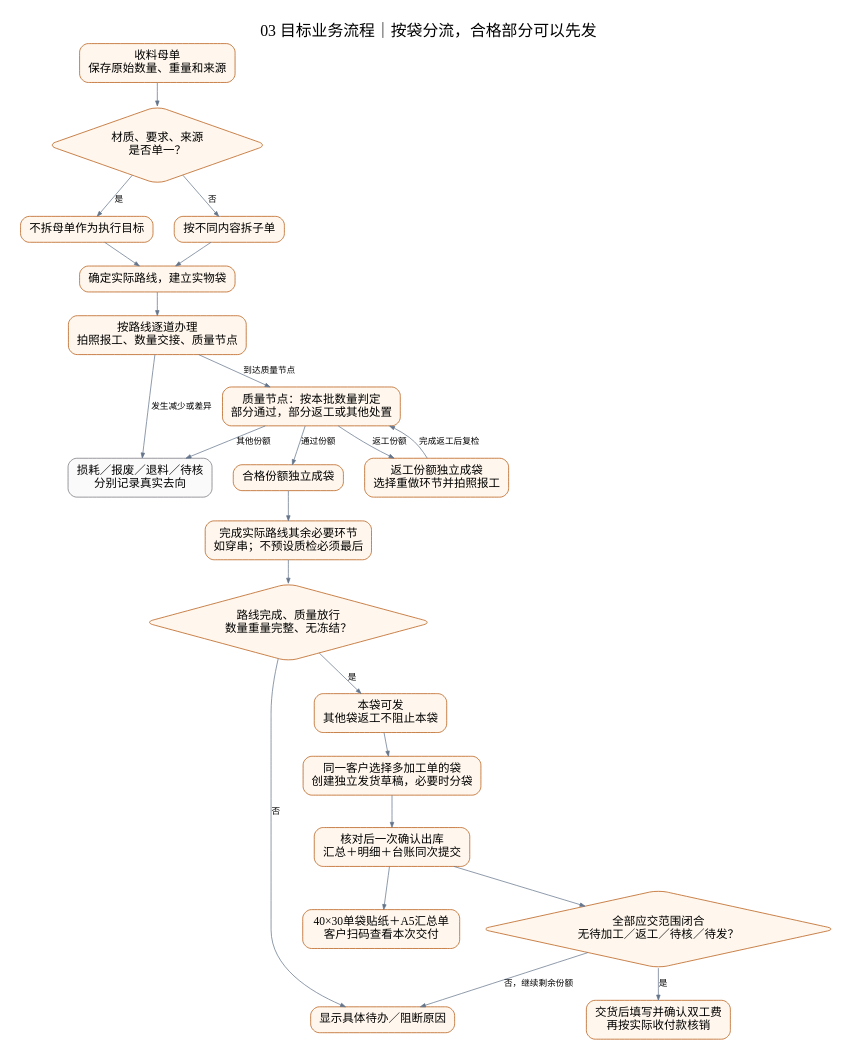
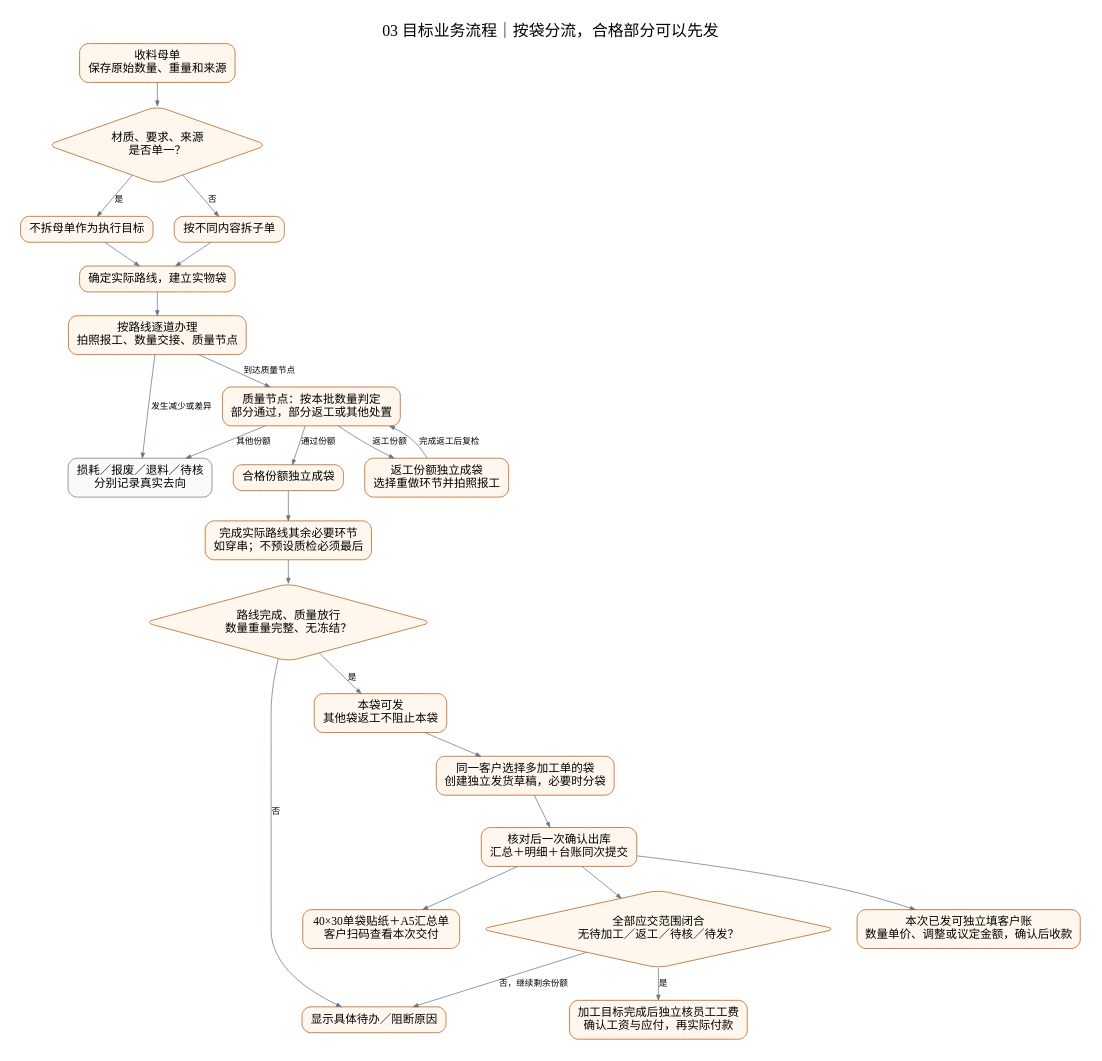
One commit to sxliuchen-hash/zhubao-ERP changed the diagram in docs/diagrams/system-review/03-business-flow.dot. Above: the diagram before and after it, drawn with Graphviz. The commit also changed 34 other files, not shown here.

```diff
--- a/docs/diagrams/system-review/03-business-flow.dot
+++ b/docs/diagrams/system-review/03-business-flow.dot
@@ -1,33 +1,34 @@
 digraph G {
   graph [fontname="SimSun",fontsize=22,label="03 目标业务流程｜按袋分流，合格部分可以先发",labelloc=t,rankdir=TB,bgcolor="white",pad="0.3",nodesep="0.4",ranksep="0.45"];
   node [fontname="SimSun",fontsize=16,shape=box,style="rounded,filled",color="#b45309",fillcolor="#fff7ed",margin="0.18,0.12"];
   edge [fontname="SimSun",fontsize=12,color="#64748b",arrowsize=0.7];
   intake [label="收料母单\n保存原始数量、重量和来源"];
   homogeneous [shape=diamond,label="材质、要求、来源\n是否单一？"];
   keep [label="不拆母单作为执行目标"];
   child [label="按不同内容拆子单"];
   arrange [label="确定实际路线，建立实物袋"];
   work [label="按路线逐道办理\n拍照报工、数量交接、质量节点"];
   loss [label="损耗／报废／退料／待核\n分别记录真实去向",fillcolor="#fafafa",color="#71717a"];
   qc [label="质量节点：按本批数量判定\n部分通过，部分返工或其他处置"];
   pass [label="合格份额独立成袋"];
   redo [label="返工份额独立成袋\n选择重做环节并拍照报工"];
   remain [label="完成实际路线其余必要环节\n如穿串；不预设质检必须最后"];
   gate [shape=diamond,label="路线完成、质量放行\n数量重量完整、无冻结？"];
   pending [label="显示具体待办／阻断原因"];
   ready [label="本袋可发\n其他袋返工不阻止本袋"];
   draft [label="同一客户选择多加工单的袋\n创建独立发货草稿，必要时分袋"];
   confirm [label="核对后一次确认出库\n汇总＋明细＋台账同次提交"];
   print [label="40×30单袋贴纸＋A5汇总单\n客户扫码查看本次交付"];
   completion [shape=diamond,label="全部应交范围闭合\n无待加工／返工／待核／待发？"];
-  settlement [label="交货后填写并确认双工费\n再按实际收付款核销"];
+  customerbill [label="本次已发可独立填客户账\n数量单价、调整或议定金额，确认后收款"];
+  settlement [label="加工目标完成后独立核员工工费\n确认工资与应付，再实际付款"];
   intake -> homogeneous;
   homogeneous -> keep [label="是"]; homogeneous -> child [label="否"];
   keep -> arrange; child -> arrange; arrange -> work;
   work -> loss [label="发生减少或差异"]; work -> qc [label="到达质量节点"];
   qc -> pass [label="通过份额"]; qc -> redo [label="返工份额"]; qc -> loss [label="其他份额"];
   redo -> qc [label="完成返工后复检"];
   pass -> remain; remain -> gate; gate -> pending [label="否"]; gate -> ready [label="是"];
-  ready -> draft; draft -> confirm; confirm -> print; confirm -> completion;
+  ready -> draft; draft -> confirm; confirm -> print; confirm -> customerbill; confirm -> completion;
   completion -> settlement [label="是"]; completion -> pending [label="否，继续剩余份额"];
 }
```
